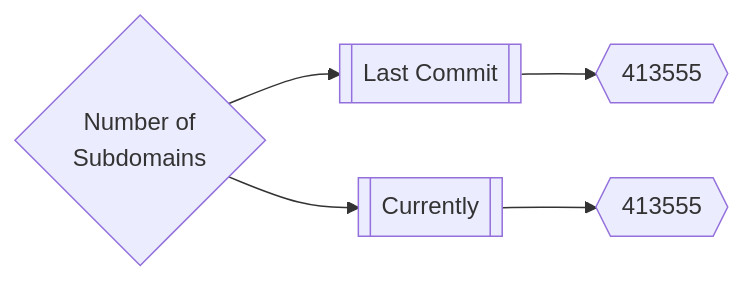
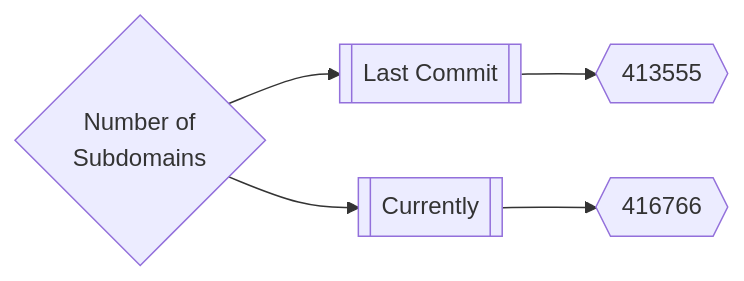
The first of 3 diagrams in README.md (trickest/inventory), drawn with Mermaid before and after one commit. The commit also changed other lines of this file, not shown here.

````diff
--- a/README.md
+++ b/README.md
@@ -165,5 +165,5 @@
 ```mermaid
 graph LR
 title{Number of<br>Subdomains} --> subdomainsDate1[[Last Commit]] --> subdomainsNum1{{413555}}
-title --> subdomainsDate2[[Currently]] --> subdomainsNum2{{413555}}
+title --> subdomainsDate2[[Currently]] --> subdomainsNum2{{416766}}
 ```
````
